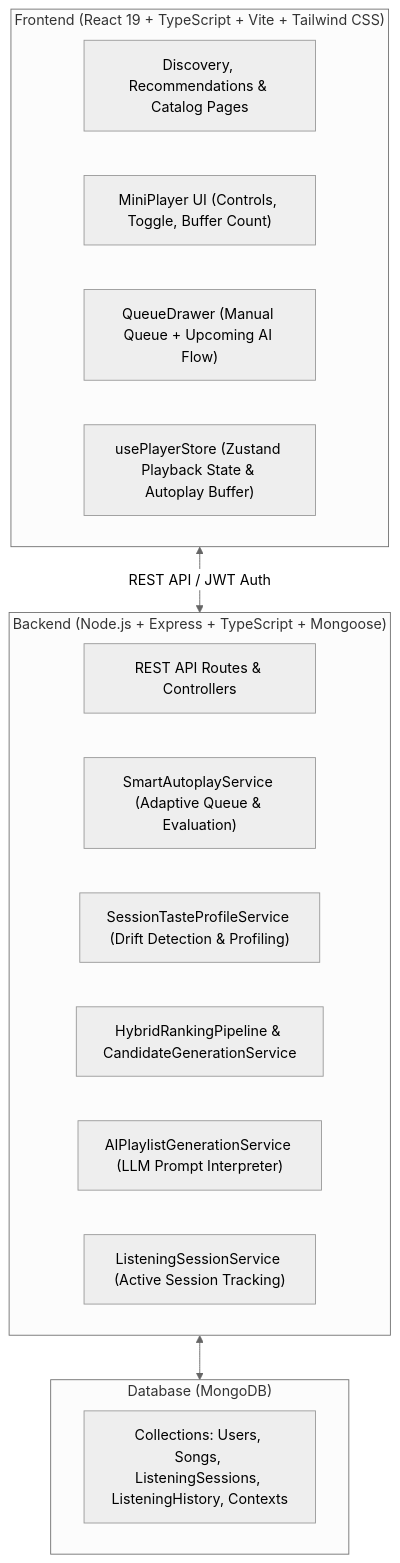
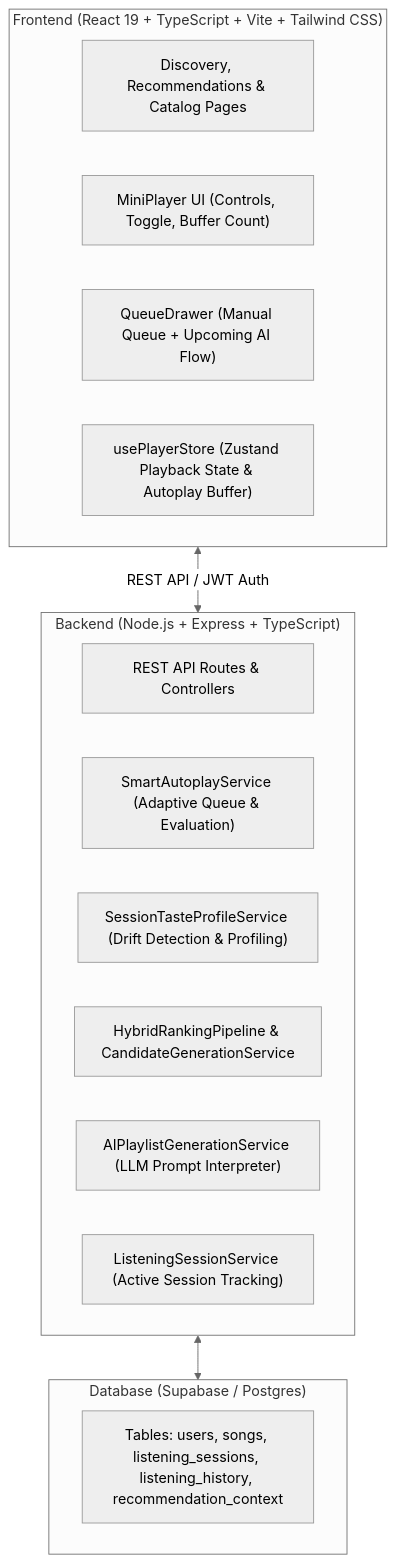
The diagram in README.md (Skan0710/HarmonyAI), drawn with Mermaid (neutral theme) before and after one commit. The commit also changed other lines of this file and 49 other files, not shown here.

````diff
--- a/README.md
+++ b/README.md
@@ -72,25 +72,25 @@
 ```mermaid
 flowchart TD
     subgraph Frontend ["Frontend (React 19 + TypeScript + Vite + Tailwind CSS)"]
         UI["Discovery, Recommendations & Catalog Pages"]
         MiniPlayer["MiniPlayer UI (Controls, Toggle, Buffer Count)"]
         QueueDrawer["QueueDrawer (Manual Queue + Upcoming AI Flow)"]
         PlayerStore["usePlayerStore (Zustand Playback State & Autoplay Buffer)"]
     end
 
-    subgraph Backend ["Backend (Node.js + Express + TypeScript + Mongoose)"]
+    subgraph Backend ["Backend (Node.js + Express + TypeScript)"]
         API["REST API Routes & Controllers"]
         SmartAutoplay["SmartAutoplayService (Adaptive Queue & Evaluation)"]
         SessionProfile["SessionTasteProfileService (Drift Detection & Profiling)"]
         RankingPipeline["HybridRankingPipeline & CandidateGenerationService"]
         AIPlaylist["AIPlaylistGenerationService (LLM Prompt Interpreter)"]
         SessionService["ListeningSessionService (Active Session Tracking)"]
     end
 
-    subgraph Database ["Database (MongoDB)"]
-        Mongo["Collections: Users, Songs, ListeningSessions, ListeningHistory, Contexts"]
+    subgraph Database ["Database (Supabase / Postgres)"]
+        Supa["Tables: users, songs, listening_sessions, listening_history, recommendation_context"]
     end
 
     Frontend <-->|REST API / JWT Auth| Backend
     Backend <--> Database
 ```
````
